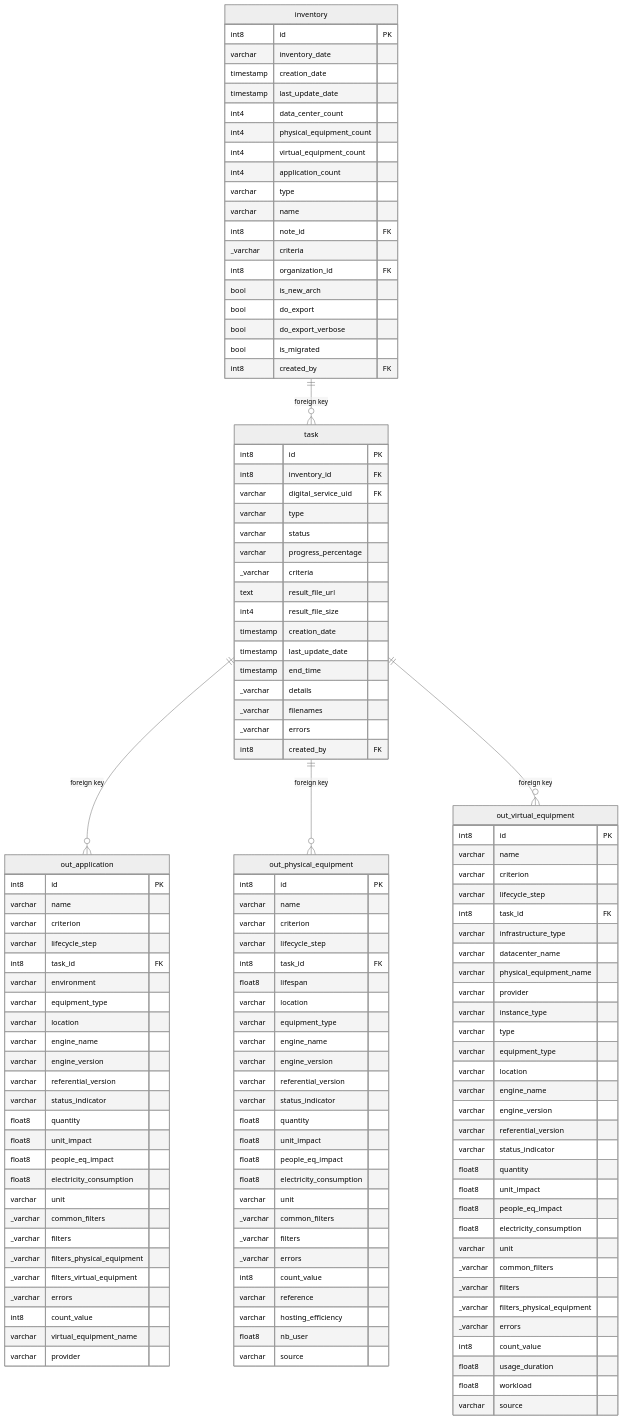
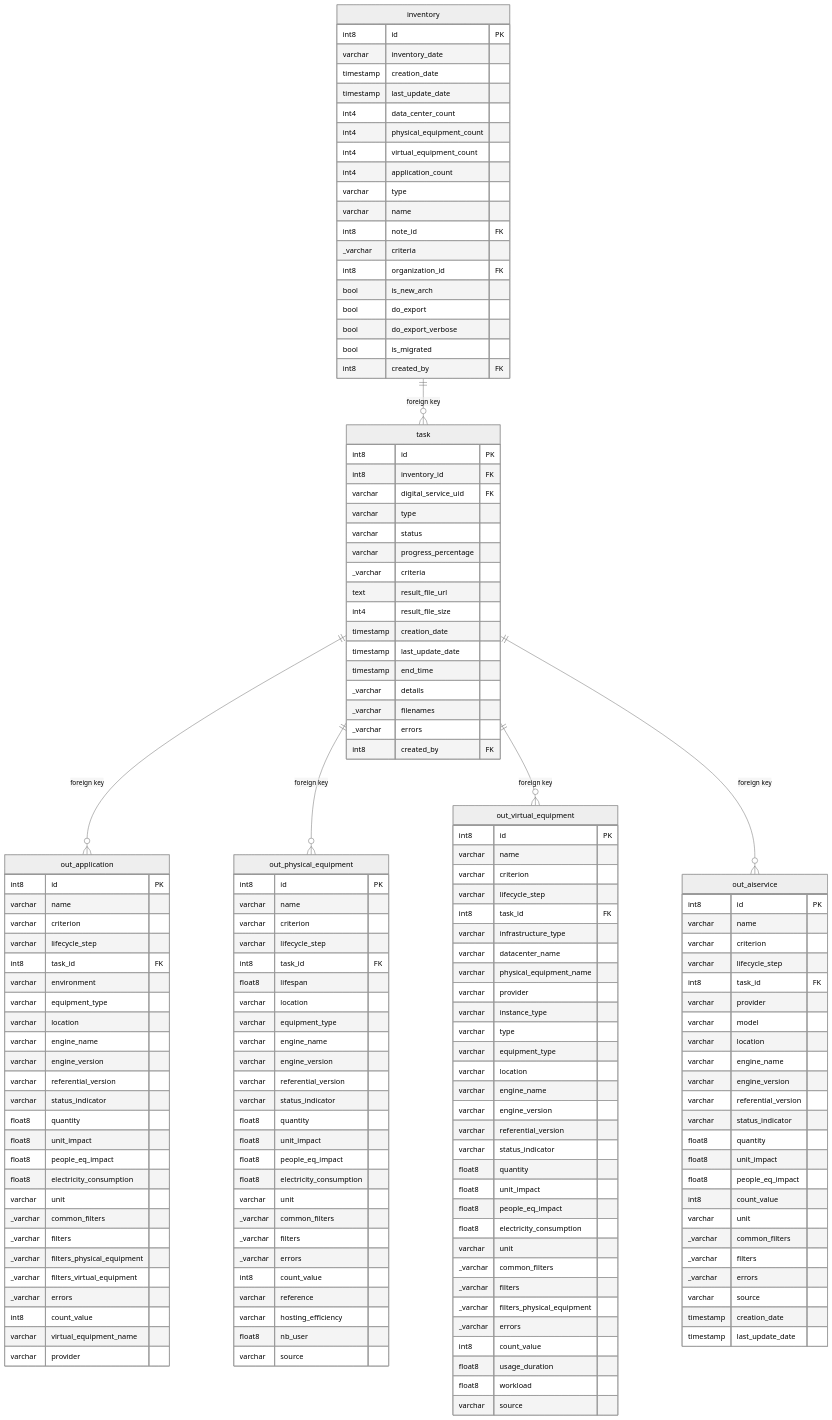
One commit to teamg4it/g4it changed the diagram in services/documentation/content/3-technical-documentation/4-backend_documentation/db_documentation/information_system_and_digital_service_output_data/information_sytem_output_data/_index.md. Above: the diagram before and after it, drawn with Mermaid (neutral theme). The commit also changed other lines of this file and 11 other files, not shown here.

````diff
--- a/services/documentation/content/3-technical-documentation/4-backend_documentation/db_documentation/information_system_and_digital_service_output_data/information_sytem_output_data/_index.md
+++ b/services/documentation/content/3-technical-documentation/4-backend_documentation/db_documentation/information_system_and_digital_service_output_data/information_sytem_output_data/_index.md
@@ -132,8 +132,35 @@
     float8 workload
     varchar source
   }
+
+  out_aiservice {
+        int8 id PK
+        varchar name
+        varchar criterion
+        varchar lifecycle_step
+        int8 task_id FK
+        varchar provider
+        varchar model
+        varchar location
+        varchar engine_name
+        varchar engine_version
+        varchar referential_version
+        varchar status_indicator
+        float8 quantity
+        float8 unit_impact
+        float8 people_eq_impact
+        int8 count_value
+        varchar unit
+        _varchar common_filters
+        _varchar filters
+        _varchar errors
+        varchar source
+        timestamp creation_date
+        timestamp last_update_date 
+  }
   inventory ||--o{ task : "foreign key"
   task ||--o{ out_application : "foreign key"
   task ||--o{ out_physical_equipment : "foreign key"
   task ||--o{ out_virtual_equipment : "foreign key"
+  task ||--o{ out_aiservice : "foreign key"
 ``` 
````
